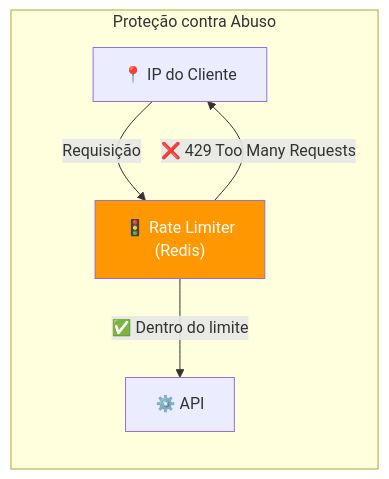
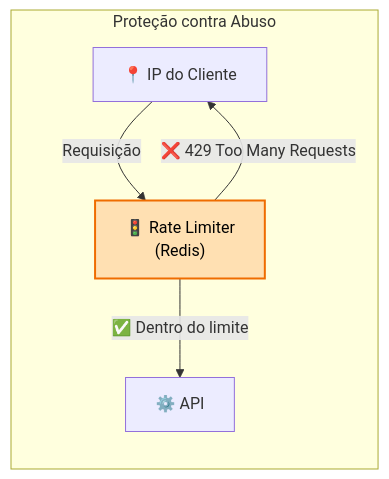
Before and after one commit to gabrigabs/public-polls-app: the sixth of 10 diagrams in docs/05-escalabilidade.md, drawn with Mermaid. The commit also changed other lines of this file and 6 other files, not shown here.

Commit message:
docs: standardize and improve mermaid diagrams readability

````diff
--- a/docs/05-escalabilidade.md
+++ b/docs/05-escalabilidade.md
@@ -182,14 +191,15 @@
 ```mermaid
 graph LR
     subgraph "Proteção contra Abuso"
         IP["📍 IP do Cliente"]
         RL["🚦 Rate Limiter<br/>(Redis)"]
         API["⚙️ API"]
     end
 
     IP -->|"Requisição"| RL
     RL -->|"✅ Dentro do limite"| API
     RL -->|"❌ 429 Too Many Requests"| IP
 
-    style RL fill:#ff9800,color:#fff
+    classDef rl fill:#ffe0b2,stroke:#ef6c00,color:#000,stroke-width:2px;
+    class RL rl;
 ```
````
